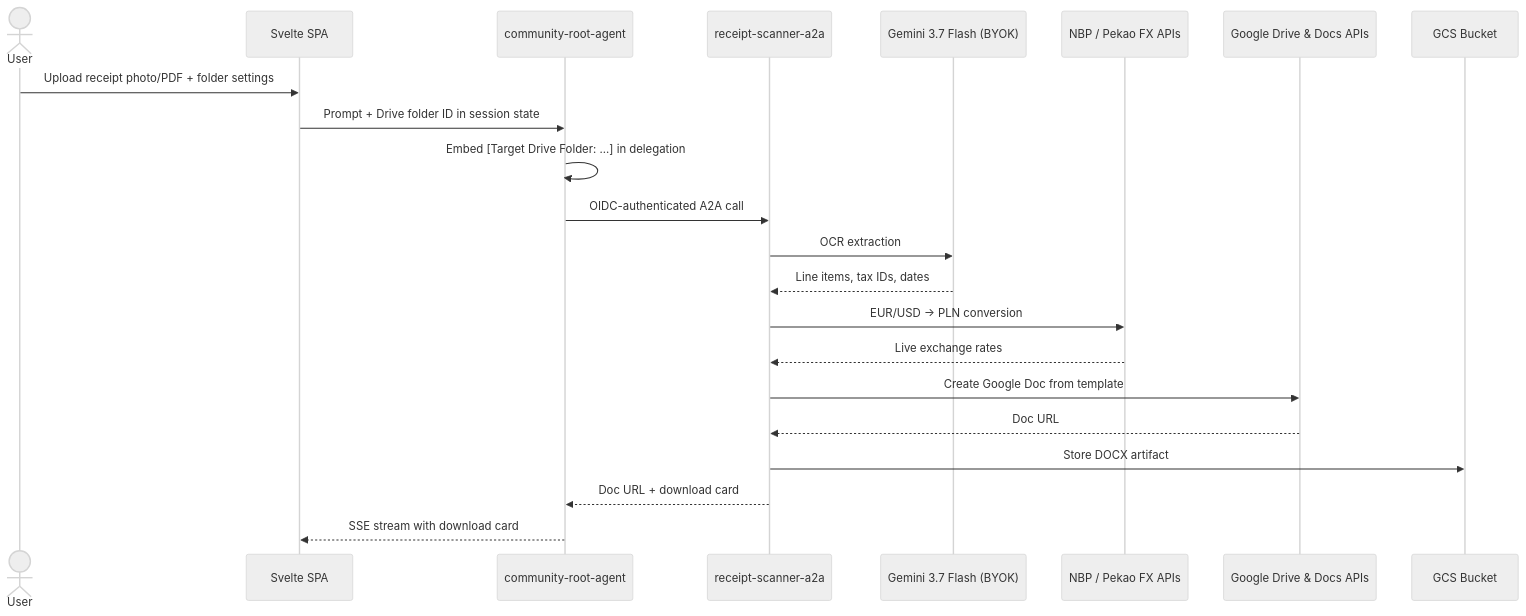
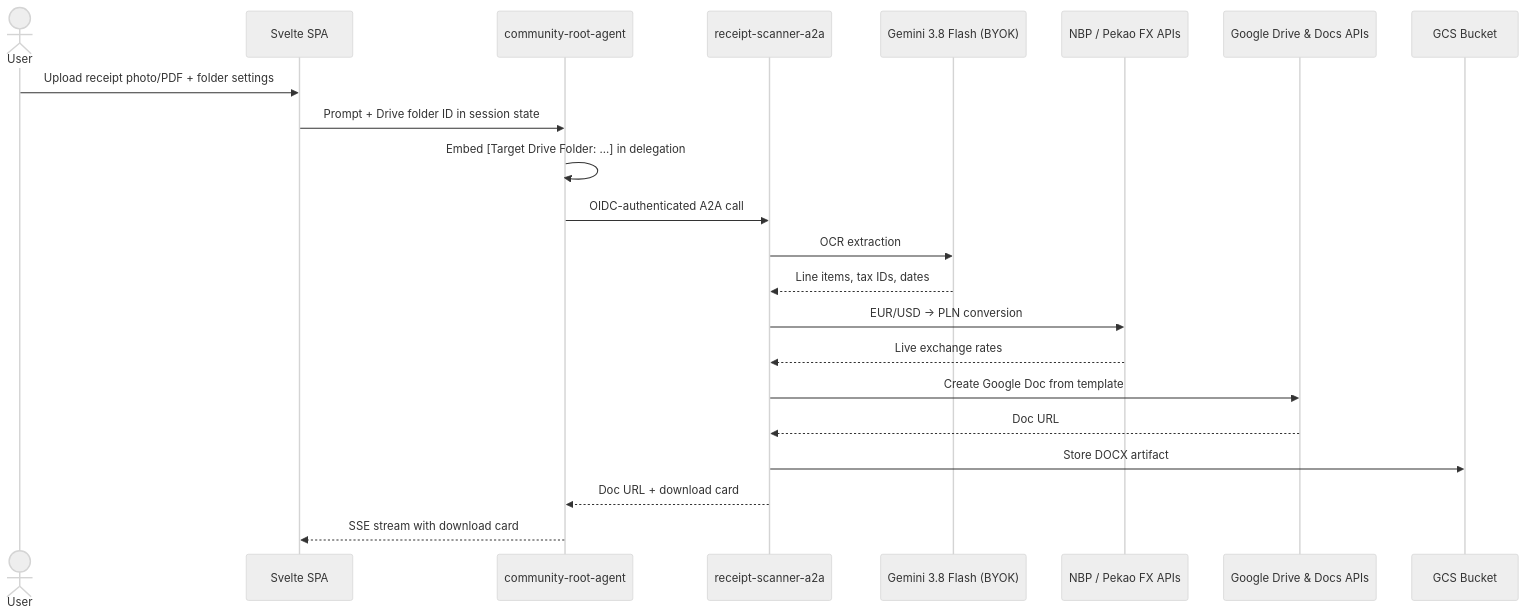
One commit to aplachykau-git/gdg_agents changed the fifth of 7 diagrams in docs/SOLUTION_ARCHITECTURE.md. Above: the diagram before and after it, drawn with Mermaid (neutral theme). The commit also changed other lines of this file and 35 other files, not shown here.

Commit message:
feat(agents): standardize on gemini-3.8-flash and expand video editor genre scouting

````diff
--- a/docs/SOLUTION_ARCHITECTURE.md
+++ b/docs/SOLUTION_ARCHITECTURE.md
@@ -209,25 +209,25 @@
 ```mermaid
 sequenceDiagram
     actor User
     participant SPA as Svelte SPA
     participant Root as community-root-agent
     participant Receipt as receipt-scanner-a2a
-    participant Gemini as Gemini 3.7 Flash (BYOK)
+    participant Gemini as Gemini 3.8 Flash (BYOK)
     participant FX as NBP / Pekao FX APIs
     participant Drive as Google Drive & Docs APIs
     participant GCS as GCS Bucket
 
     User->>SPA: Upload receipt photo/PDF + folder settings
     SPA->>Root: Prompt + Drive folder ID in session state
     Root->>Root: Embed [Target Drive Folder: ...] in delegation
     Root->>Receipt: OIDC-authenticated A2A call
     Receipt->>Gemini: OCR extraction
     Gemini-->>Receipt: Line items, tax IDs, dates
     Receipt->>FX: EUR/USD → PLN conversion
     FX-->>Receipt: Live exchange rates
     Receipt->>Drive: Create Google Doc from template
     Drive-->>Receipt: Doc URL
     Receipt->>GCS: Store DOCX artifact
     Receipt-->>Root: Doc URL + download card
     Root-->>SPA: SSE stream with download card
 ```
````
